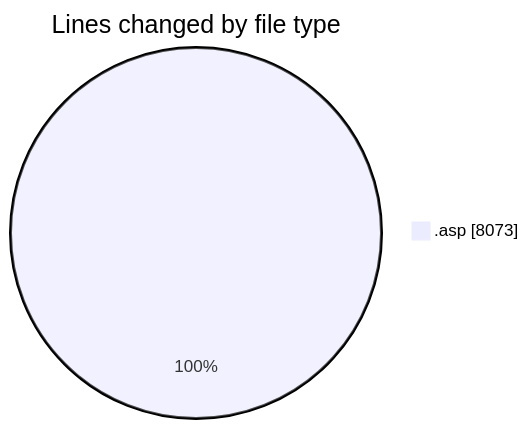
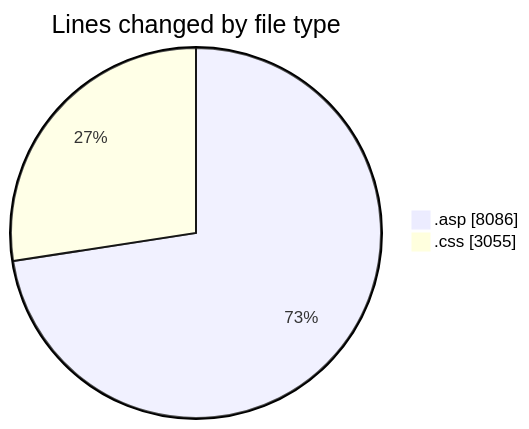
One commit to julien-gomy/code-tracking changed the first of 2 diagrams in 2025-11-15/cdp_aleoudev_fr__workspace_/README.md. Above: the diagram before and after it, drawn with Mermaid. The commit also changed other lines of this file and 1 other file, not shown here.

````diff
--- a/2025-11-15/cdp_aleoudev_fr__workspace_/README.md
+++ b/2025-11-15/cdp_aleoudev_fr__workspace_/README.md
@@ -32,5 +33,6 @@
 ```mermaid
 pie showData
 title Lines changed by file type
-".asp" : 8073
+".asp" : 8086
+".css" : 3055
 ```
````
